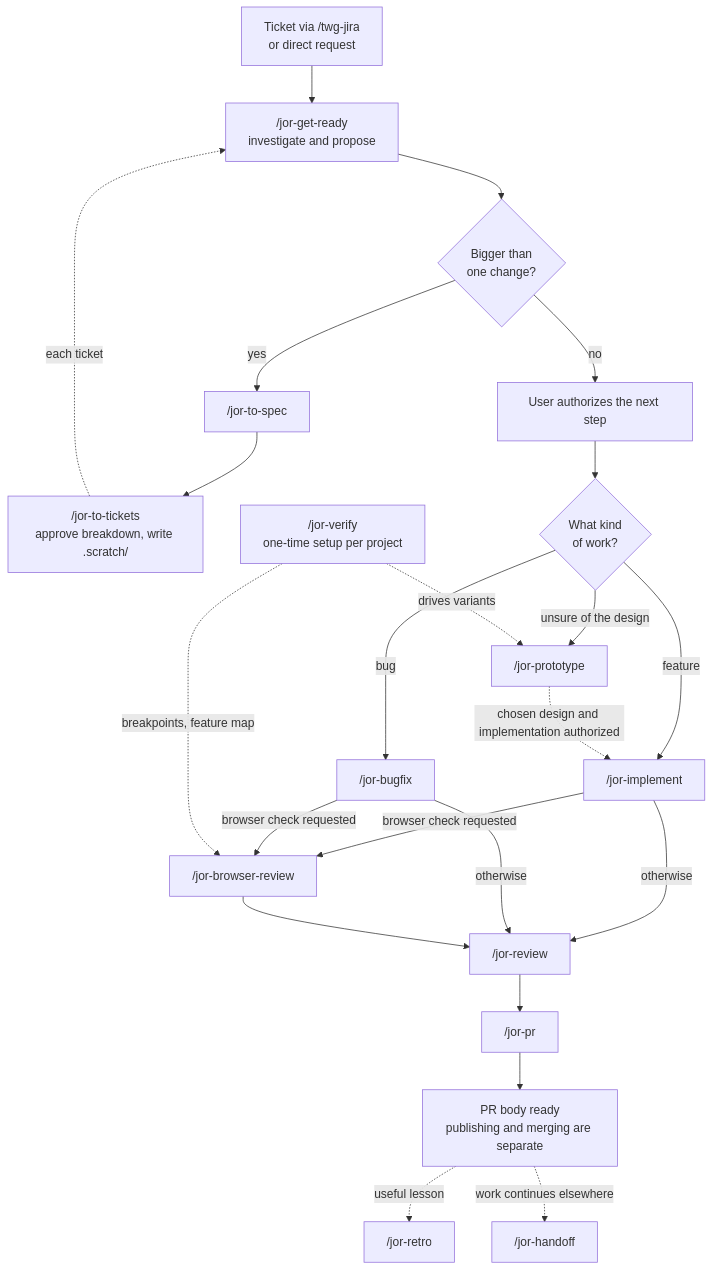
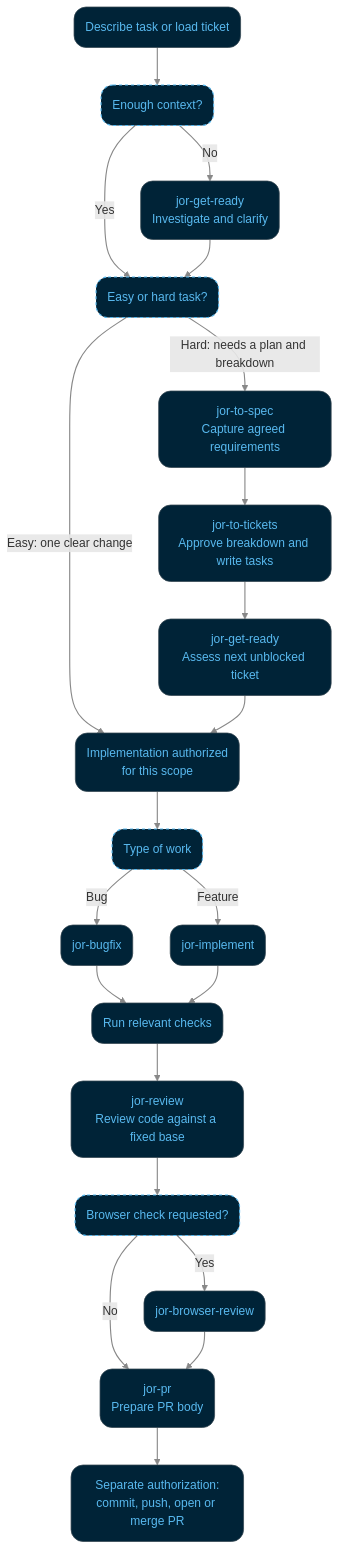
The diagram in docs/flow.mmd (jorsisu/jor-stack), drawn with Mermaid before and after one commit. The commit also changed 1 other file, not shown here.

Commit message:
docs: clarify workflow paths and review order

```diff
--- a/docs/flow.mmd
+++ b/docs/flow.mmd
@@ -1,23 +1,25 @@
-flowchart TD
-    task["Ticket via /twg-jira<br/>or direct request"] --> ready["/jor-get-ready<br/>investigate and propose"]
-    ready --> big{"Bigger than<br/>one change?"}
-    big -- yes --> spec["/jor-to-spec"]
-    spec --> tickets["/jor-to-tickets<br/>approve breakdown, write .scratch/"]
-    tickets -. each ticket .-> ready
-    big -- no --> approved["User authorizes the next step"]
-    approved --> kind{"What kind<br/>of work?"}
-    kind -- feature --> implement["/jor-implement"]
-    kind -- bug --> bugfix["/jor-bugfix"]
-    kind -- unsure of the design --> proto["/jor-prototype"]
-    proto -. chosen design and implementation authorized .-> implement
-    implement -- browser check requested --> browser["/jor-browser-review"]
-    bugfix -- browser check requested --> browser
-    implement -- otherwise --> review["/jor-review"]
-    bugfix -- otherwise --> review
-    browser --> review
-    review --> pr["/jor-pr"]
-    pr --> body["PR body ready<br/>publishing and merging are separate"]
-    body -. useful lesson .-> retro["/jor-retro"]
-    body -. work continues elsewhere .-> handoff["/jor-handoff"]
-    verify["/jor-verify<br/>one-time setup per project"] -. drives variants .-> proto
-    verify -. breakpoints, feature map .-> browser
+flowchart TB
+    task("Describe task or load ticket"):::step --> context("Enough context?"):::decision
+    context -->|No| ready("jor-get-ready<br/>Investigate and clarify"):::step
+    context -->|Yes| size("Easy or hard task?"):::decision
+    ready --> size
+    size -->|Easy: one clear change| approved("Implementation authorized<br/>for this scope"):::step
+    size -->|Hard: needs a plan and breakdown| spec("jor-to-spec<br/>Capture agreed requirements"):::step
+    spec --> tickets("jor-to-tickets<br/>Approve breakdown and write tasks"):::step
+    tickets --> next("jor-get-ready<br/>Assess next unblocked ticket"):::step
+    next --> approved
+    approved --> kind("Type of work"):::decision
+    kind -->|Bug| bugfix("jor-bugfix"):::step
+    kind -->|Feature| implement("jor-implement"):::step
+    bugfix --> checks("Run relevant checks"):::step
+    implement --> checks
+    checks --> review("jor-review<br/>Review code against a fixed base"):::step
+    review --> requested("Browser check requested?"):::decision
+    requested -->|Yes| browser("jor-browser-review"):::step
+    requested -->|No| pr("jor-pr<br/>Prepare PR body"):::step
+    browser --> pr
+    pr --> publish("Separate authorization:<br/>commit, push, open or merge PR"):::step
+
+    classDef step fill:#002337,stroke:#334650,color:#58b9ef,stroke-width:1px,rx:16,ry:16
+    classDef decision fill:#002337,stroke:#58b9ef,color:#58b9ef,stroke-width:1.5px,stroke-dasharray:4 4,rx:16,ry:16
+    linkStyle default stroke:#888888,stroke-width:1.5px
```
